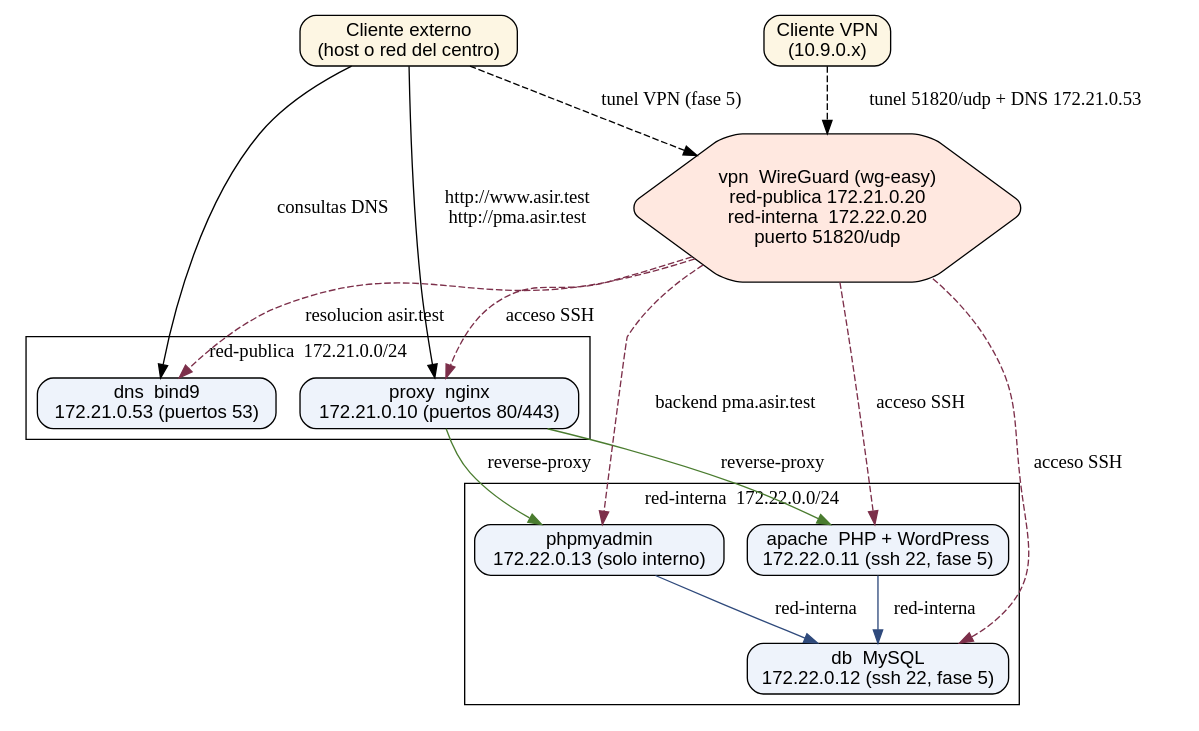
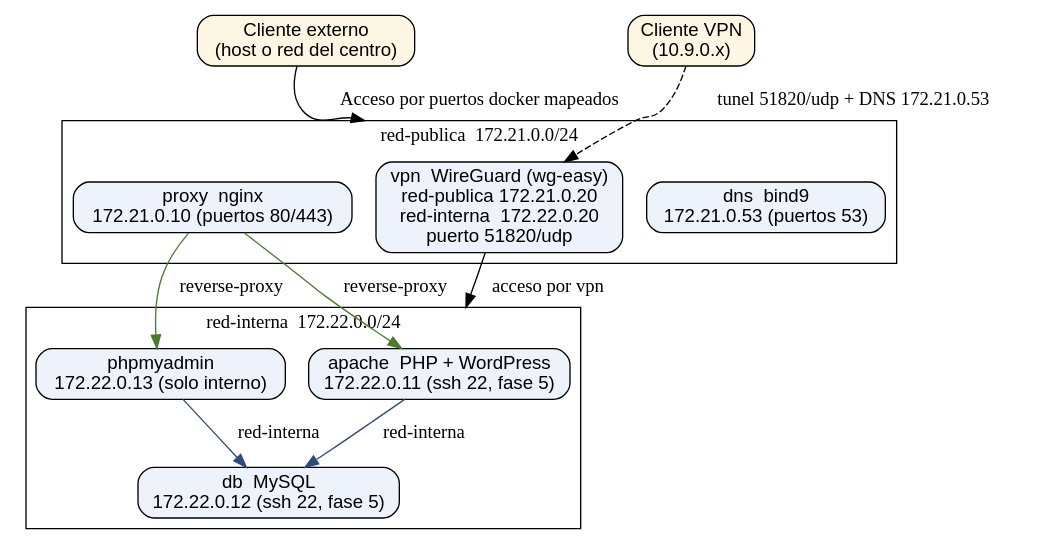
Before and after one commit to alvarogonzalezsotillo/apuntes-clase: the diagram in proyecto-asir/proyecto-asir.org, drawn with Graphviz. The commit also changed other lines of this file and 3 other files, not shown here.

```diff
--- a/proyecto-asir/proyecto-asir.org
+++ b/proyecto-asir/proyecto-asir.org
@@ -23,43 +18,44 @@
 #+begin_src dot :file ./media/arquitectura.svg :exports results :cmdline -Tsvg
 digraph arquitectura {
 
-  rankdir="TD";
+  compound=true;
+  rankdir="TR";
   node  [shape=box, style="rounded, filled", fillcolor="#eef3fb", fontname="sans-serif"];
 
   cliente_ext [label="Cliente externo\n(host o red del centro)", fillcolor="#fdf6e3"];
   vpn_client  [label="Cliente VPN\n(10.9.0.x)", fillcolor="#fdf6e3"];
 
   subgraph cluster_publica {
     label="red-publica  172.21.0.0/24";
     dns   [label="dns  bind9\n172.21.0.53 (puertos 53)"];
     proxy [label="proxy  nginx\n172.21.0.10 (puertos 80/443)"];
+    vpn [label="vpn  WireGuard (wg-easy)\nred-publica 172.21.0.20\nred-interna  172.22.0.20\npuerto 51820/udp"];
   }
 
   subgraph cluster_interna {
     label="red-interna  172.22.0.0/24";
     apache [label="apache  PHP + WordPress\n172.22.0.11 (ssh 22, fase 5)"];
     db     [label="db  MySQL\n172.22.0.12 (ssh 22, fase 5)"];
     pma    [label="phpmyadmin\n172.22.0.13 (solo interno)"];
   }
 
-  vpn [label="vpn  WireGuard (wg-easy)\nred-publica 172.21.0.20\nred-interna  172.22.0.20\npuerto 51820/udp", shape=hexagon, fillcolor="#ffe8e0"];
 
   vpn_client -> vpn [label=" tunel 51820/udp + DNS 172.21.0.53", style=dashed];
 
-  cliente_ext -> proxy [label=" http://www.asir.test\n http://pma.asir.test"];
-  cliente_ext -> dns   [label=" consultas DNS"];
-  cliente_ext -> vpn   [label=" tunel VPN (fase 5)", style=dashed];
+  // cliente_ext -> proxy [label=" http://www.asir.test\n http://pma.asir.test"];
+  // cliente_ext -> dns   [label=" consultas DNS"];
+  // cliente_ext -> vpn   [label=" tunel VPN (fase 5)", style=dashed];
+  cliente_ext -> vpn [label="Acceso por puertos docker mapeados" lhead="cluster_publica"]
 
   proxy -> apache [label=" reverse-proxy", color="#4a7c2f"];
   proxy -> pma    [label=" reverse-proxy", color="#4a7c2f"];
 
   apache -> db [label=" red-interna", color="#2f4a7c"];
   pma    -> db [label=" red-interna", color="#2f4a7c"];
 
-  vpn -> proxy  [label=" acceso SSH", style=dashed, color="#7c2f4a"];
-  vpn -> apache [label=" acceso SSH", style=dashed, color="#7c2f4a"];
-  vpn -> db     [label=" acceso SSH", style=dashed, color="#7c2f4a"];
-  vpn -> pma    [label=" backend pma.asir.test", style=dashed, color="#7c2f4a"];
-  vpn -> dns    [label=" resolucion asir.test", style=dashed, color="#7c2f4a"];
+  vpn -> apache [label="acceso por vpn",  lhead=cluster_interna]
+  // vpn -> pma;
+  // vpn -> apache;
+  // vpn -> db;
 }
 #+end_src
```
